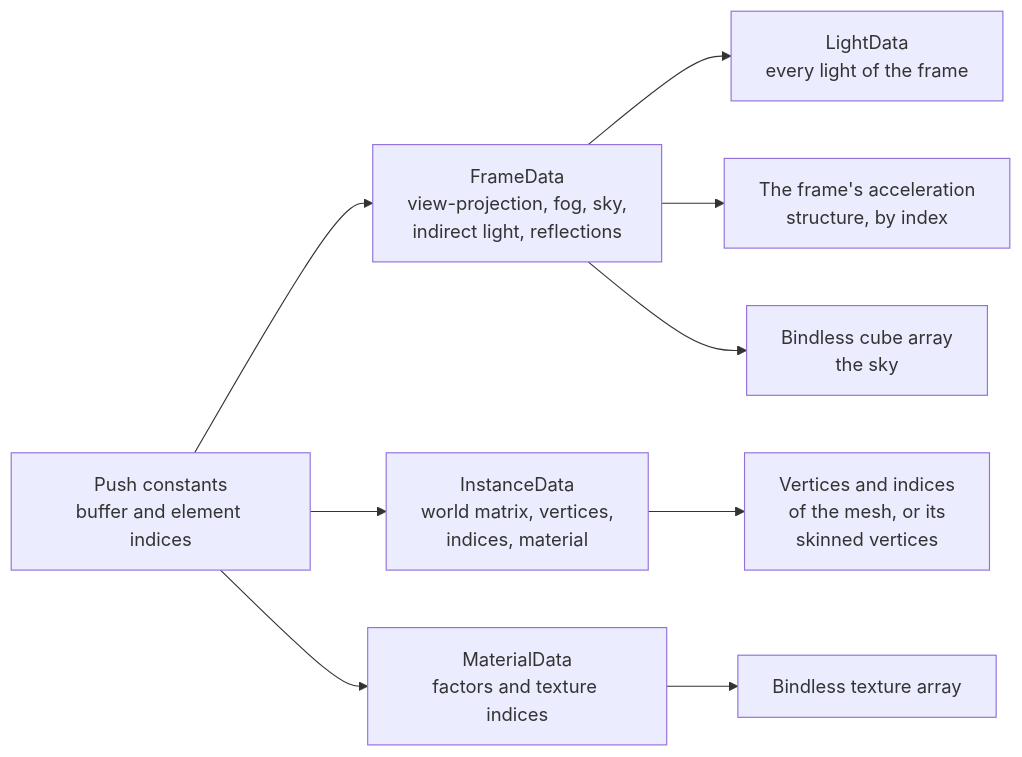
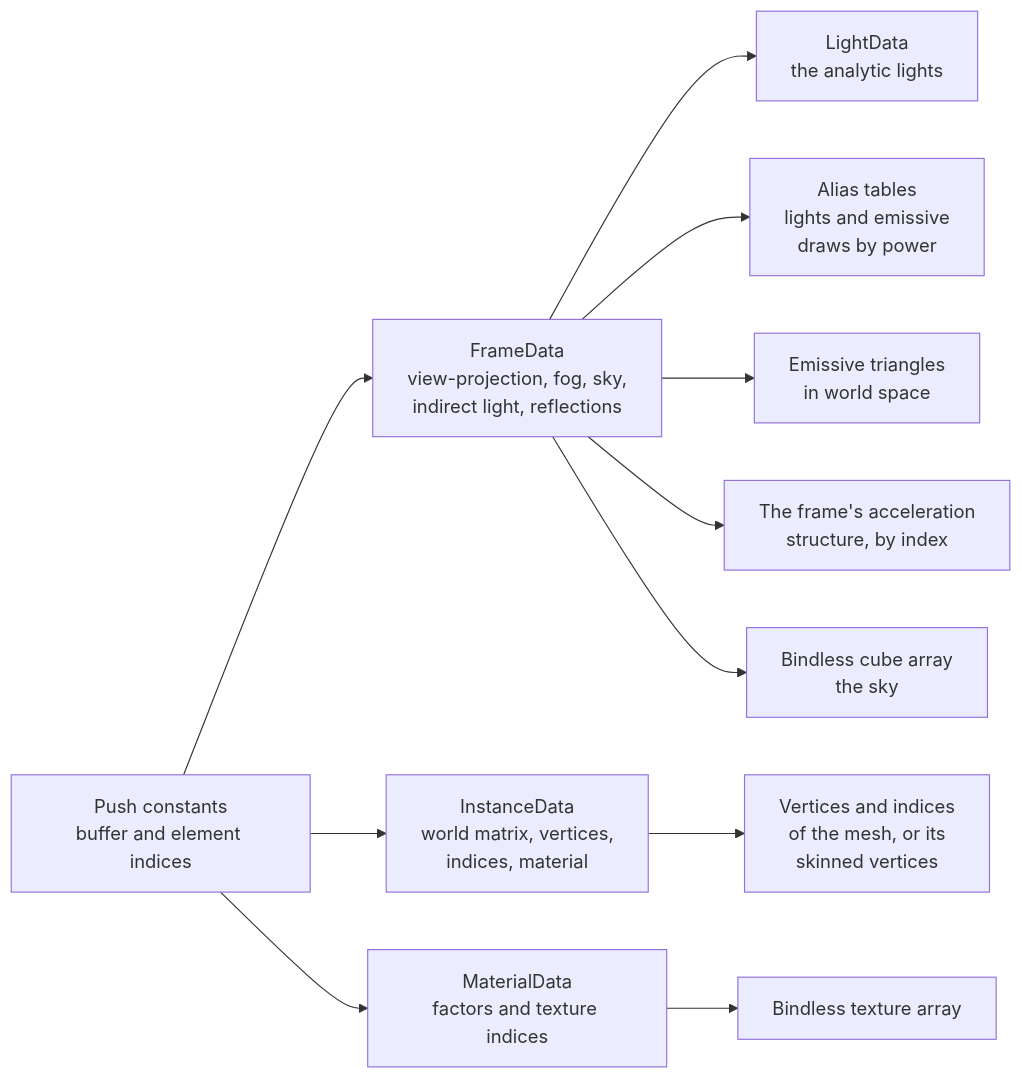
One commit to SBXdev3D/daidalos-engine-next changed the seventh of 12 diagrams in docs/ARCHITECTURE.md. Above: the diagram before and after it, drawn with Mermaid. The commit also changed other lines of this file and 88 other files, not shown here.

````diff
--- a/docs/ARCHITECTURE.md
+++ b/docs/ARCHITECTURE.md
@@ -165,11 +166,13 @@
 ```mermaid
 flowchart LR
     P["Push constants<br/>buffer and element indices"] --> FB["FrameData<br/>view-projection, fog, sky,<br/>indirect light, reflections"]
-    FB --> LB["LightData<br/>every light of the frame"]
+    FB --> LB["LightData<br/>the analytic lights"]
+    FB --> AT["Alias tables<br/>lights and emissive<br/>draws by power"]
+    FB --> ET["Emissive triangles<br/>in world space"]
     P --> IB["InstanceData<br/>world matrix, vertices,<br/>indices, material"]
     IB --> VB["Vertices and indices<br/>of the mesh, or its<br/>skinned vertices"]
     P --> MB["MaterialData<br/>factors and texture indices"]
     MB --> T["Bindless texture array"]
     FB --> AS["The frame's acceleration<br/>structure, by index"]
     FB --> CT["Bindless cube array<br/>the sky"]
 ```
````
